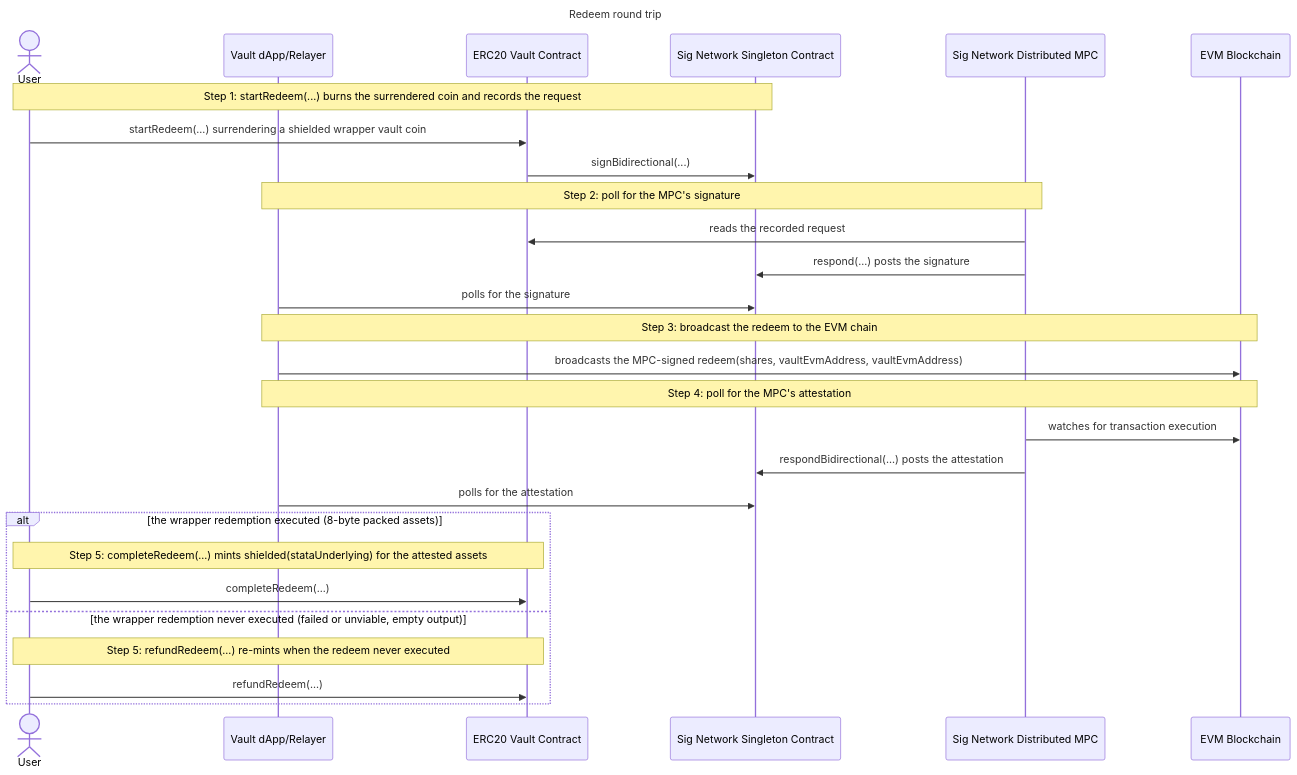
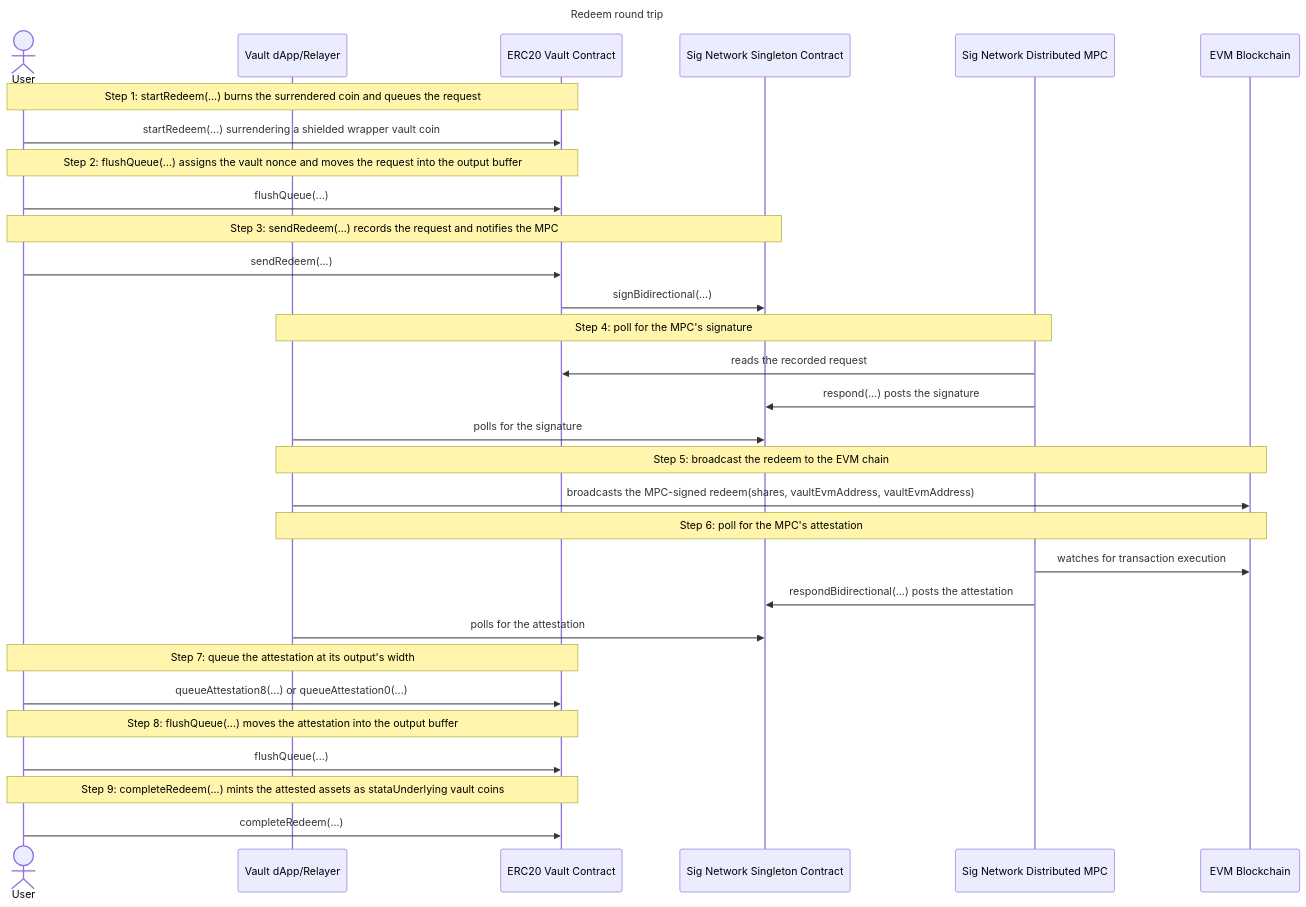
The diagram in examples/erc20-vault/docs/redeem/redeem.md (scafuro/midnight-examples), drawn with Mermaid before and after one commit. The commit also changed other lines of this file and 21 other files, not shown here.

First line of the commit message:
docs(erc20-vault): describe the flush pattern everywhere, and list the diagrams to redraw

````diff
--- a/examples/erc20-vault/docs/redeem/redeem.md
+++ b/examples/erc20-vault/docs/redeem/redeem.md
@@ -251,31 +170,34 @@
 ```mermaid
 sequenceDiagram
     title Redeem round trip
     actor User
     participant DApp as Vault dApp/Relayer
     participant Vault as ERC20 Vault Contract
     participant Singleton as Sig Network Singleton Contract
     participant MPC as Sig Network Distributed MPC
     participant EVM as EVM Blockchain
 
-    Note over User,Singleton: Step 1: startRedeem(...) burns the surrendered coin and records the request
+    Note over User,Vault: Step 1: startRedeem(...) burns the surrendered coin and queues the request
     User->>Vault: startRedeem(...) surrendering a shielded wrapper vault coin
+    Note over User,Vault: Step 2: flushQueue(...) assigns the vault nonce and moves the request into the output buffer
+    User->>Vault: flushQueue(...)
+    Note over User,Singleton: Step 3: sendRedeem(...) records the request and notifies the MPC
+    User->>Vault: sendRedeem(...)
     Vault->>Singleton: signBidirectional(...)
-    Note over DApp,MPC: Step 2: poll for the MPC's signature
+    Note over DApp,MPC: Step 4: poll for the MPC's signature
     MPC->>Vault: reads the recorded request
     MPC->>Singleton: respond(...) posts the signature
     DApp->>Singleton: polls for the signature
-    Note over DApp,EVM: Step 3: broadcast the redeem to the EVM chain
+    Note over DApp,EVM: Step 5: broadcast the redeem to the EVM chain
     DApp->>EVM: broadcasts the MPC-signed redeem(shares, vaultEvmAddress, vaultEvmAddress)
-    Note over DApp,EVM: Step 4: poll for the MPC's attestation
+    Note over DApp,EVM: Step 6: poll for the MPC's attestation
     MPC->>EVM: watches for transaction execution
     MPC->>Singleton: respondBidirectional(...) posts the attestation
     DApp->>Singleton: polls for the attestation
-    alt the wrapper redemption executed (8-byte packed assets)
-        Note over User,Vault: Step 5: completeRedeem(...) mints shielded(stataUnderlying) for the attested assets
-        User->>Vault: completeRedeem(...)
-    else the wrapper redemption never executed (failed or unviable, empty output)
-        Note over User,Vault: Step 5: refundRedeem(...) re-mints when the redeem never executed
-        User->>Vault: refundRedeem(...)
-    end
+    Note over User,Vault: Step 7: queue the attestation at its output's width
+    User->>Vault: queueAttestation8(...) or queueAttestation0(...)
+    Note over User,Vault: Step 8: flushQueue(...) moves the attestation into the output buffer
+    User->>Vault: flushQueue(...)
+    Note over User,Vault: Step 9: completeRedeem(...) mints the attested assets as stataUnderlying vault coins
+    User->>Vault: completeRedeem(...)
 ```
````
